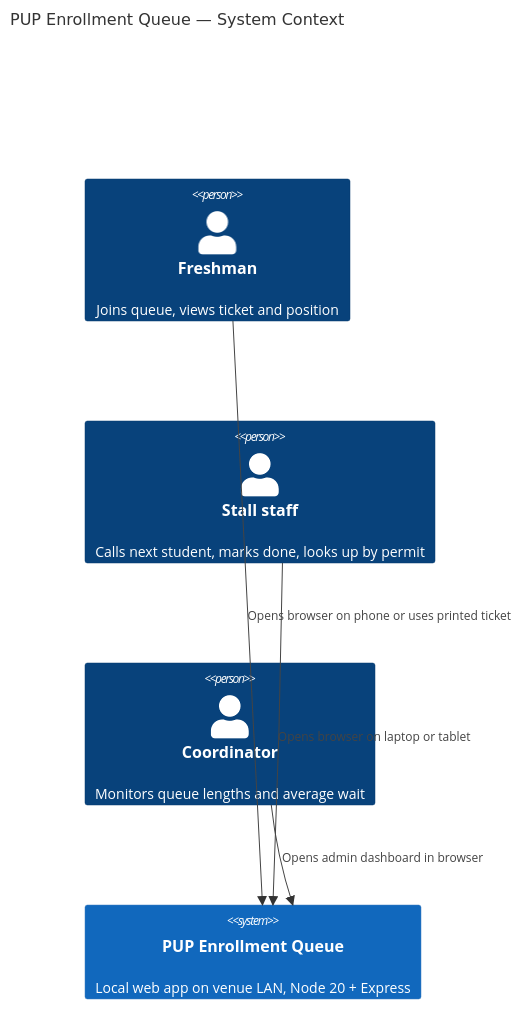
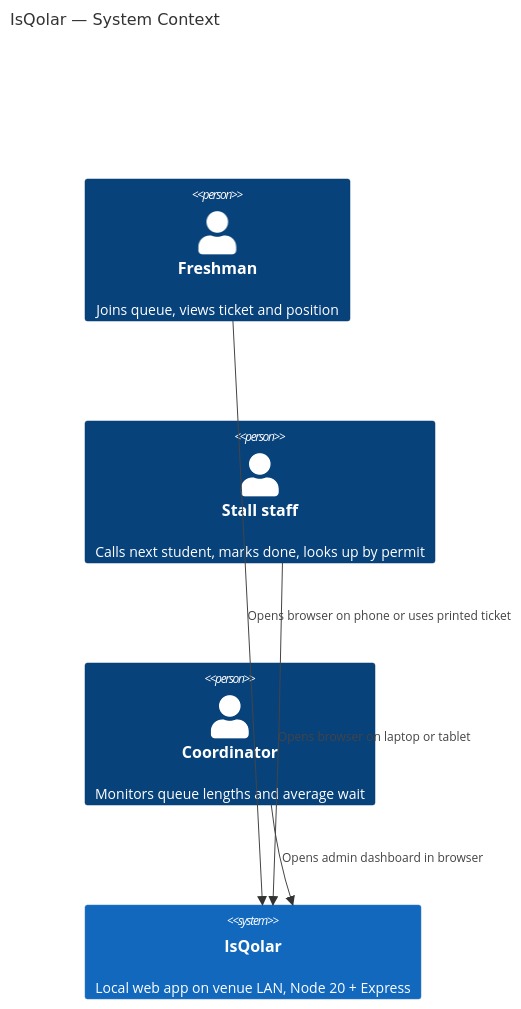
The first of 2 diagrams in docs/architecture.md (Troy-LL/IsQolar), drawn with Mermaid before and after one commit. The commit also changed other lines of this file and 2 other files, not shown here.

Commit message:
feat: name the app IsQolar and add BRAND copy constants
- README: name, tagline, pitch one-liner
- src/contract.ts: BRAND const with all copy strings
  (boardHeader, ticketTitle, callScreen, enrolledFinal, taglineFil, pitch)
- docs/architecture.md: update product name in prose and C4 diagrams

````diff
--- a/docs/architecture.md
+++ b/docs/architecture.md
@@ -13,11 +13,11 @@
 ```mermaid
 C4Context
-  title PUP Enrollment Queue — System Context
+  title IsQolar — System Context
   Person(student, "Freshman", "Joins queue, views ticket and position")
   Person(staff, "Stall staff", "Calls next student, marks done, looks up by permit")
   Person(coord, "Coordinator", "Monitors queue lengths and average wait")
-  System(app, "PUP Enrollment Queue", "Local web app on venue LAN, Node 20 + Express")
+  System(app, "IsQolar", "Local web app on venue LAN, Node 20 + Express")
   Rel(student, app, "Opens browser on phone or uses printed ticket")
   Rel(staff, app, "Opens browser on laptop or tablet")
   Rel(coord, app, "Opens admin dashboard in browser")
 ```
````
